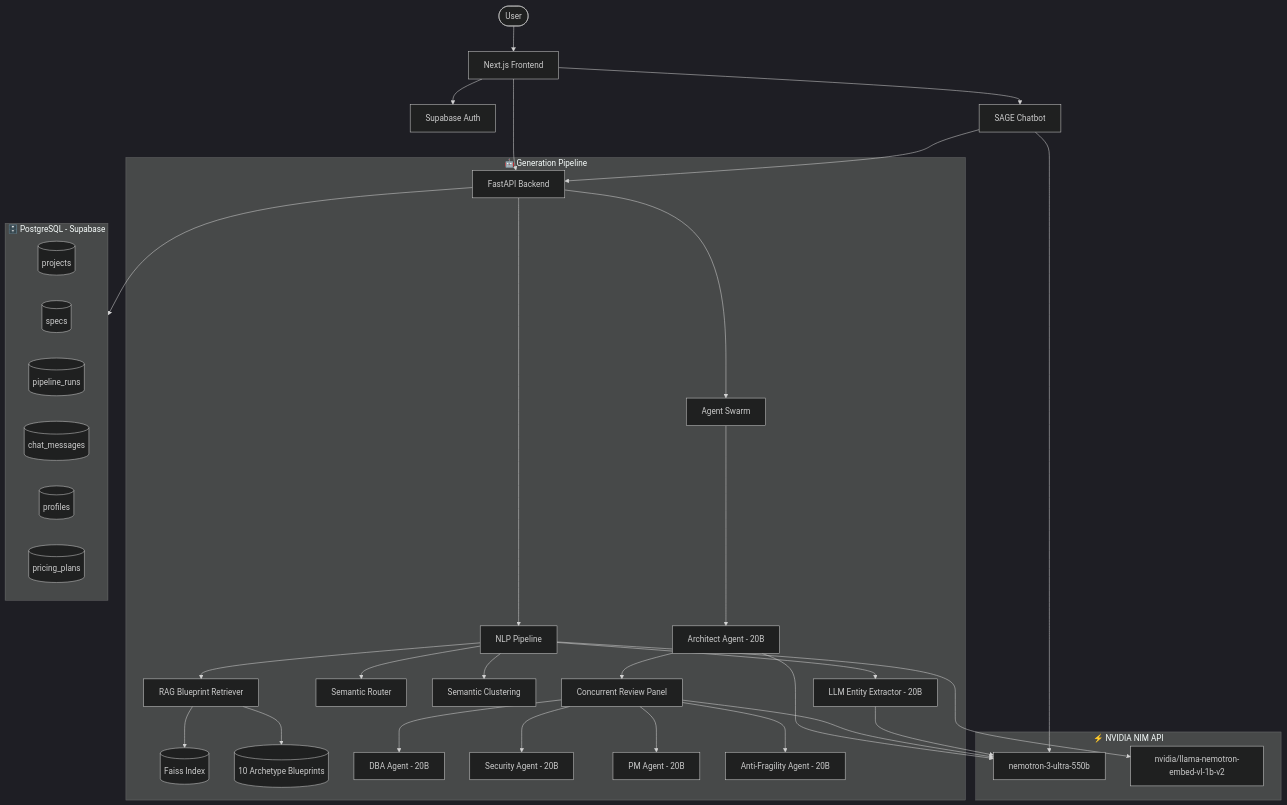
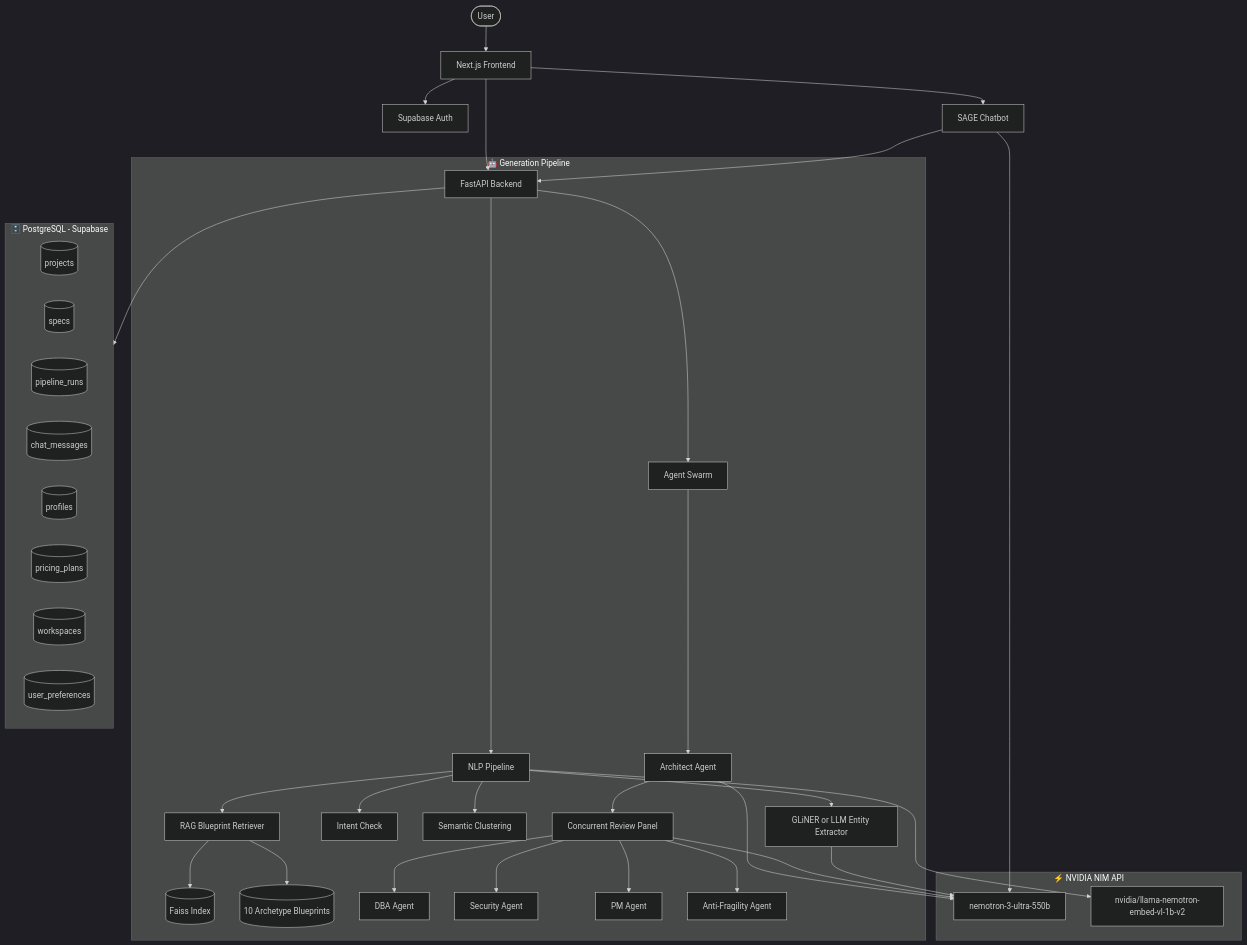
One commit to Kushal-Raj-G-S/Baxel-Spec-to-Backend-Architect changed the diagram in README.md. Above: the diagram before and after it, drawn with Mermaid (dark theme). The commit also changed other lines of this file and 13 other files, not shown here.

````diff
--- a/README.md
+++ b/README.md
@@ -116,49 +119,51 @@
 ```mermaid
 graph TD
     User([User]) --> FE[Next.js Frontend]
 
     FE --> Auth[Supabase Auth]
     FE --> API[FastAPI Backend]
 
     subgraph Pipeline["🤖 Generation Pipeline"]
         API --> NLP[NLP Pipeline]
-        NLP --> EntityExtractor[LLM Entity Extractor - 20B]
-        NLP --> SemanticRouter[Semantic Router]
+        NLP --> EntityExtractor[GLiNER or LLM Entity Extractor]
+        NLP --> SemanticRouter[Intent Check]
         NLP --> Clustering[Semantic Clustering]
         NLP --> RAG[RAG Blueprint Retriever]
         RAG --> Faiss[(Faiss Index)]
         RAG --> Blueprints[(10 Archetype Blueprints)]
 
         API --> Swarm[Agent Swarm]
-        Swarm --> Architect[Architect Agent - 20B]
+        Swarm --> Architect[Architect Agent]
         Architect --> Reviews[Concurrent Review Panel]
-        Reviews --> DBA[DBA Agent - 20B]
-        Reviews --> Security[Security Agent - 20B]
-        Reviews --> PM[PM Agent - 20B]
-        Reviews --> AntiFragility[Anti-Fragility Agent - 20B]
+        Reviews --> DBA[DBA Agent]
+        Reviews --> Security[Security Agent]
+        Reviews --> PM[PM Agent]
+        Reviews --> AntiFragility[Anti-Fragility Agent]
     end
 
     subgraph Storage["🗄️ PostgreSQL - Supabase"]
         DB[(projects)]
         DB2[(specs)]
         DB3[(pipeline_runs)]
         DB4[(chat_messages)]
         DB5[(profiles)]
         DB6[(pricing_plans)]
+        DB7[(workspaces)]
+        DB8[(user_preferences)]
     end
 
     API --> Storage
     FE --> SAGE[SAGE Chatbot]
     SAGE --> API
 
     subgraph LLM["⚡ NVIDIA NIM API"]
-        Model20B[nemotron-3-ultra-550b]
+        LLMModel[nemotron-3-ultra-550b]
         EmbedModel[nvidia/llama-nemotron-embed-vl-1b-v2]
     end
 
-    Architect --> Model20B
-    Reviews --> Model20B
-    EntityExtractor --> Model20B
+    Architect --> LLMModel
+    Reviews --> LLMModel
+    EntityExtractor --> LLMModel
     NLP --> EmbedModel
-    SAGE --> Model20B
+    SAGE --> LLMModel
 ```
````
